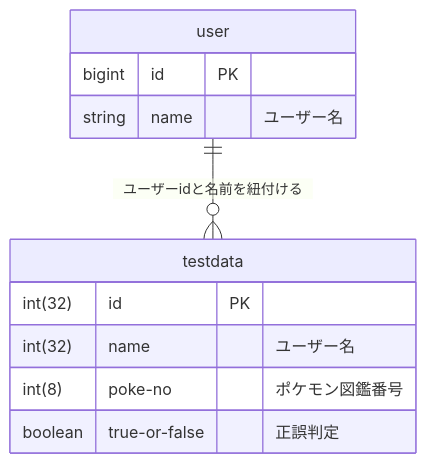
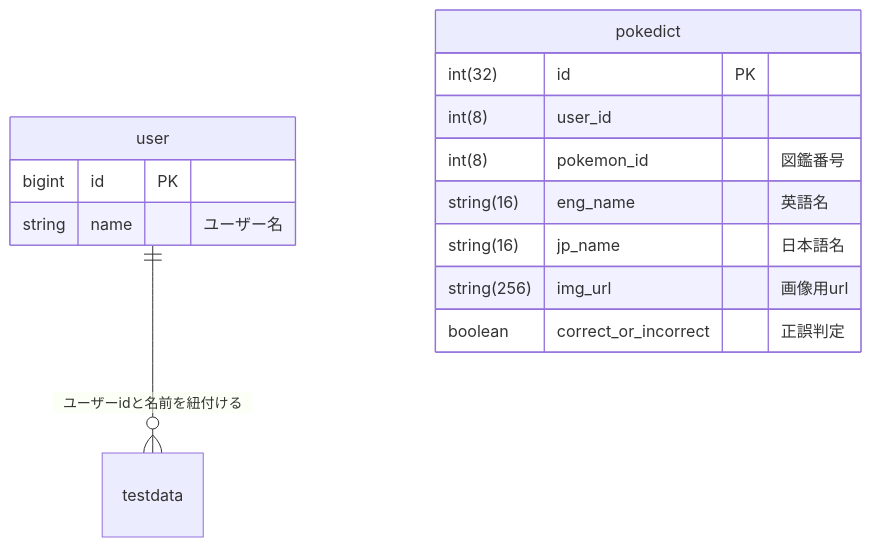
One commit to Yoshi2885/tspokedict changed the diagram in README.md. Above: the diagram before and after it, drawn with Mermaid. The commit also changed other lines of this file, not shown here.

````diff
--- a/README.md
+++ b/README.md
@@ -29,14 +27,18 @@
 ```mermaid
 erDiagram
   user ||--o{ testdata: "ユーザーidと名前を紐付ける"
     user {
       bigint id PK
       string name "ユーザー名"
     }
-    testdata {
+    pokedict {
       int(32) id PK
-      int(32) name "ユーザー名"
-      int(8) poke-no "ポケモン図鑑番号"
-      boolean true-or-false "正誤判定"
+      int(8) user_id
+      int(8) pokemon_id "図鑑番号"
+      string(16) eng_name "英語名"
+      string(16) jp_name "日本語名"
+      string(256) img_url "画像用url"
+      boolean correct_or_incorrect "正誤判定"
     }
+
 ```
````
